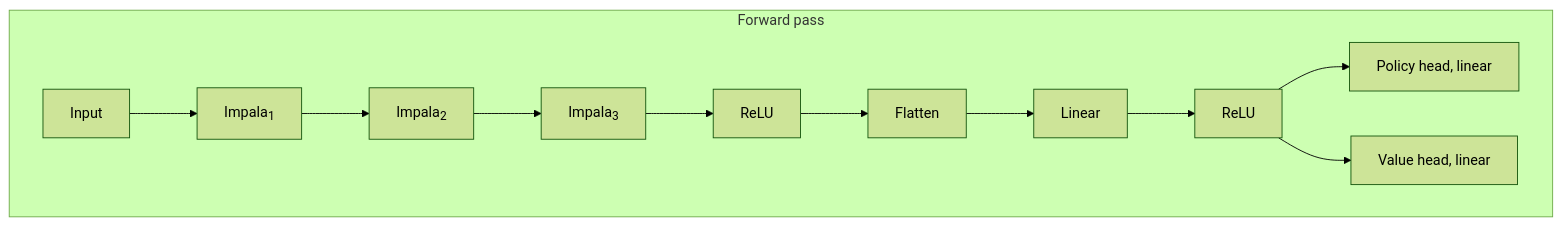
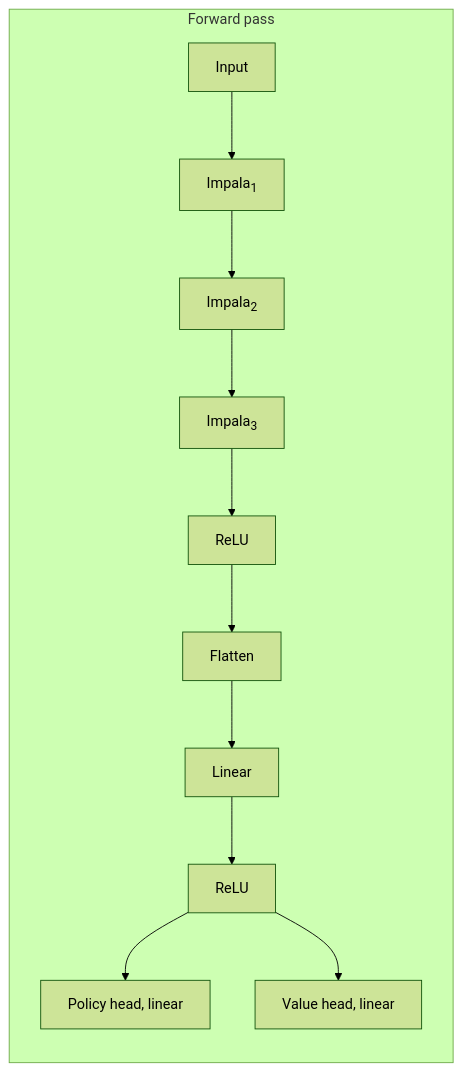
The second of 2 diagrams in website_content/predictions-for-shard-theory-mechanistic-interpretability.md (alexander-turner/TurnTrout.com), drawn with Mermaid (forest theme) before and after one commit. The commit also changed other lines of this file and 2 other files, not shown here.

First line of the commit message:
fix: force upright layout in network architecture Mermaid diagrams

````diff
--- a/website_content/predictions-for-shard-theory-mechanistic-interpretability.md
+++ b/website_content/predictions-for-shard-theory-mechanistic-interpretability.md
@@ -99,14 +101,15 @@
 ```mermaid
 graph TD
   subgraph OverallGraph["Forward pass"]
+    direction TB
     Input --> Impala1
           Impala1["Impala<sub>1</sub>"] --> Impala2
           Impala2["Impala<sub>2</sub>"] --> Impala3
           Impala3["Impala<sub>3</sub>"] --> ReLU1
           ReLU1["ReLU"] --> Flatten
           Flatten --> Linear
           Linear --> ReLU2
           ReLU2["ReLU"] --> PolicyHead[Policy head, linear]
           ReLU2 --> ValueHead[Value head, linear]
   end
 ```
````
